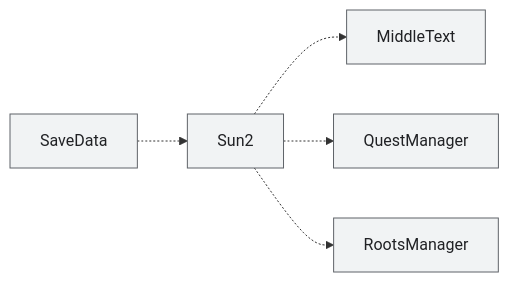
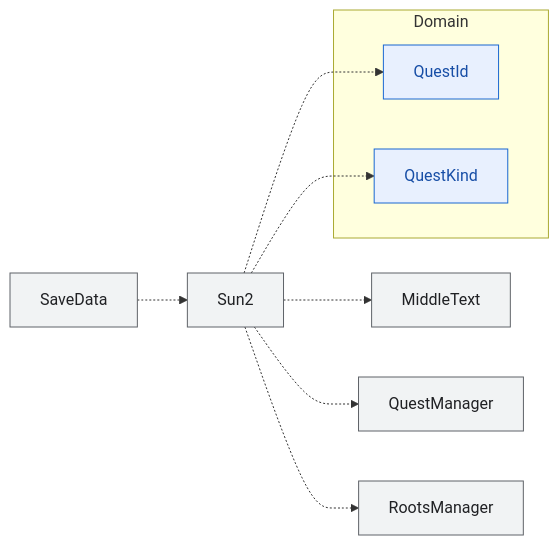
One commit to hukahirame/memorial-frontland changed the diagram in docs/dependencies-diagrams/day.md. Above: the diagram before and after it, drawn with Mermaid. The commit also changed 13 other files, not shown here.

````diff
--- a/docs/dependencies-diagrams/day.md
+++ b/docs/dependencies-diagrams/day.md
@@ -12,16 +12,23 @@
 ```mermaid
 graph LR
+  subgraph Domain
+    QuestId
+    QuestKind
+  end
   MiddleText
   QuestManager
   RootsManager
   SaveData
   Sun2
   SaveData -.-> Sun2
   Sun2 -.-> MiddleText
+  Sun2 -.-> QuestId
+  Sun2 -.-> QuestKind
   Sun2 -.-> QuestManager
   Sun2 -.-> RootsManager
   classDef domain fill:#e8f0fe,stroke:#1967d2,color:#174ea6;
   classDef game   fill:#fef7e0,stroke:#b06000,color:#8a5300;
   classDef legacy fill:#f1f3f4,stroke:#5f6368,color:#202124;
+  class QuestId,QuestKind domain;
   class MiddleText,QuestManager,RootsManager,SaveData,Sun2 legacy;
 ```
````
